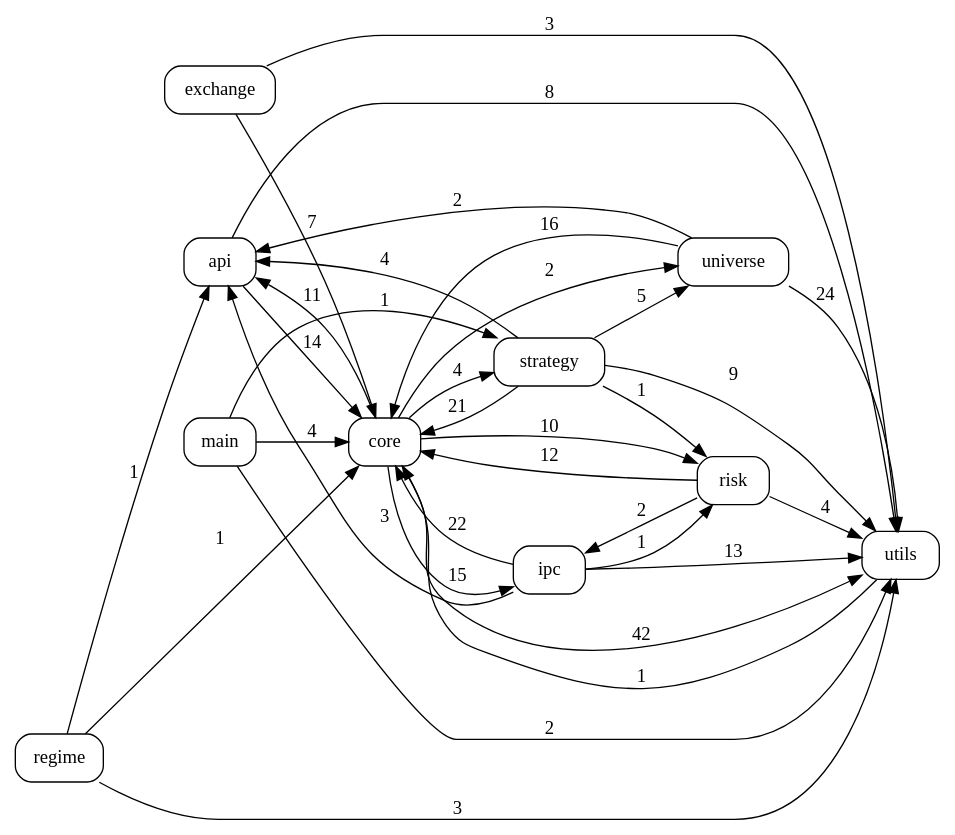
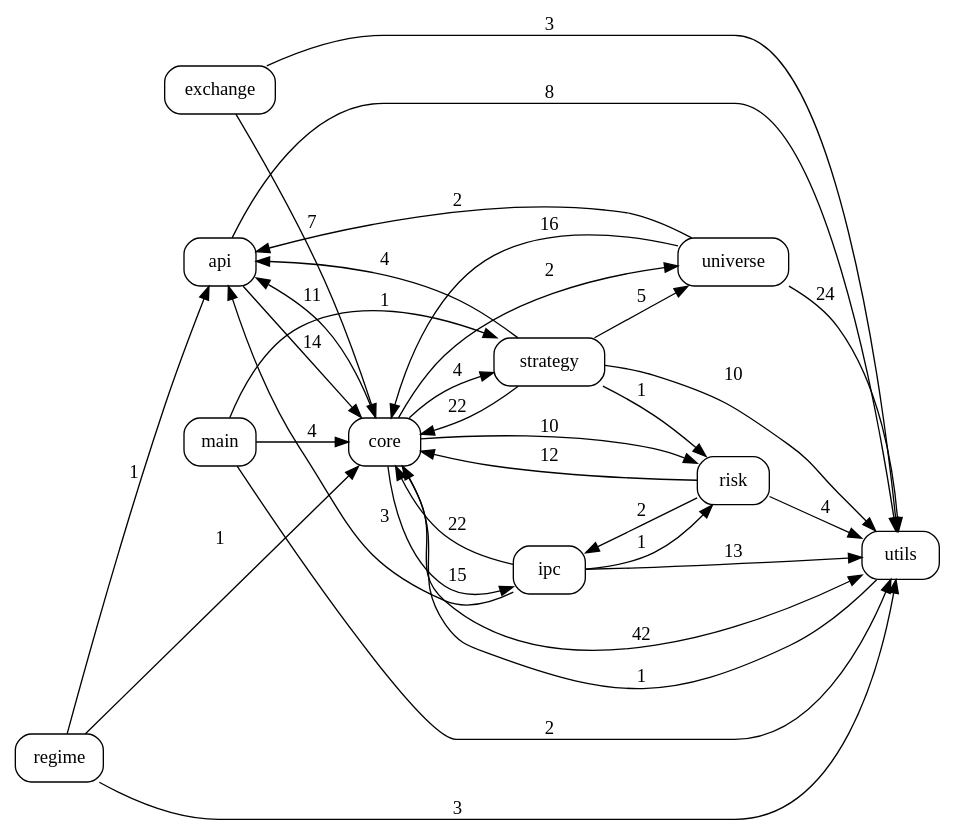
The diagram in docs/code_graph.dot (pypy8171/Quant), drawn with Graphviz before and after one commit. The commit also changed 37 other files, not shown here.

```diff
--- a/docs/code_graph.dot
+++ b/docs/code_graph.dot
@@ -1,46 +1,46 @@
 digraph code_graph {
   rankdir=LR;
   node [shape=box, style=rounded, fontname="Consolas"];
   "api";
   "core";
   "exchange";
   "ipc";
   "main";
   "regime";
   "risk";
   "strategy";
   "universe";
   "utils";
   "api" -> "core" [label="14"];
   "api" -> "utils" [label="8"];
   "core" -> "api" [label="11"];
   "core" -> "ipc" [label="15"];
   "core" -> "risk" [label="10"];
   "core" -> "strategy" [label="4"];
   "core" -> "universe" [label="2"];
   "core" -> "utils" [label="42"];
   "exchange" -> "core" [label="7"];
   "exchange" -> "utils" [label="3"];
   "ipc" -> "api" [label="3"];
   "ipc" -> "core" [label="22"];
   "ipc" -> "risk" [label="1"];
   "ipc" -> "utils" [label="13"];
   "main" -> "core" [label="4"];
   "main" -> "strategy" [label="1"];
   "main" -> "utils" [label="2"];
   "regime" -> "api" [label="1"];
   "regime" -> "core" [label="1"];
   "regime" -> "utils" [label="3"];
   "risk" -> "core" [label="12"];
   "risk" -> "ipc" [label="2"];
   "risk" -> "utils" [label="4"];
   "strategy" -> "api" [label="4"];
-  "strategy" -> "core" [label="21"];
+  "strategy" -> "core" [label="22"];
   "strategy" -> "risk" [label="1"];
   "strategy" -> "universe" [label="5"];
-  "strategy" -> "utils" [label="9"];
+  "strategy" -> "utils" [label="10"];
   "universe" -> "api" [label="2"];
   "universe" -> "core" [label="16"];
   "universe" -> "utils" [label="24"];
   "utils" -> "core" [label="1"];
 }
```
